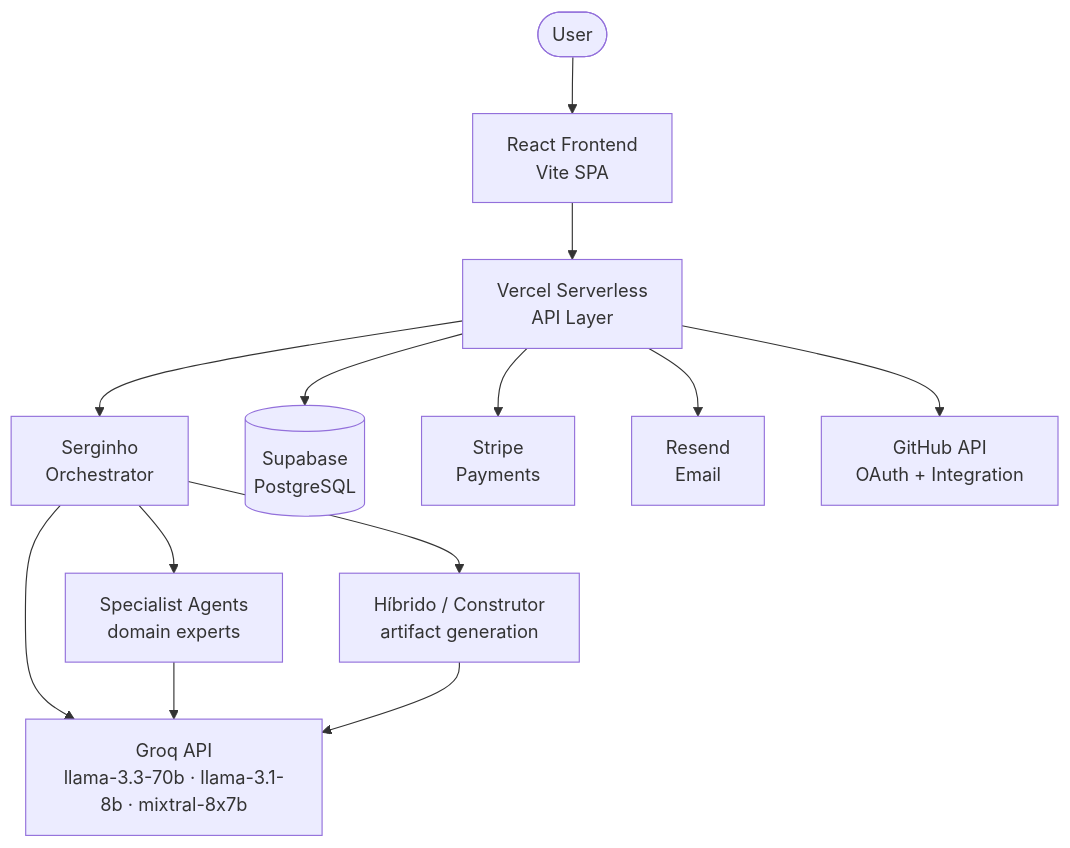
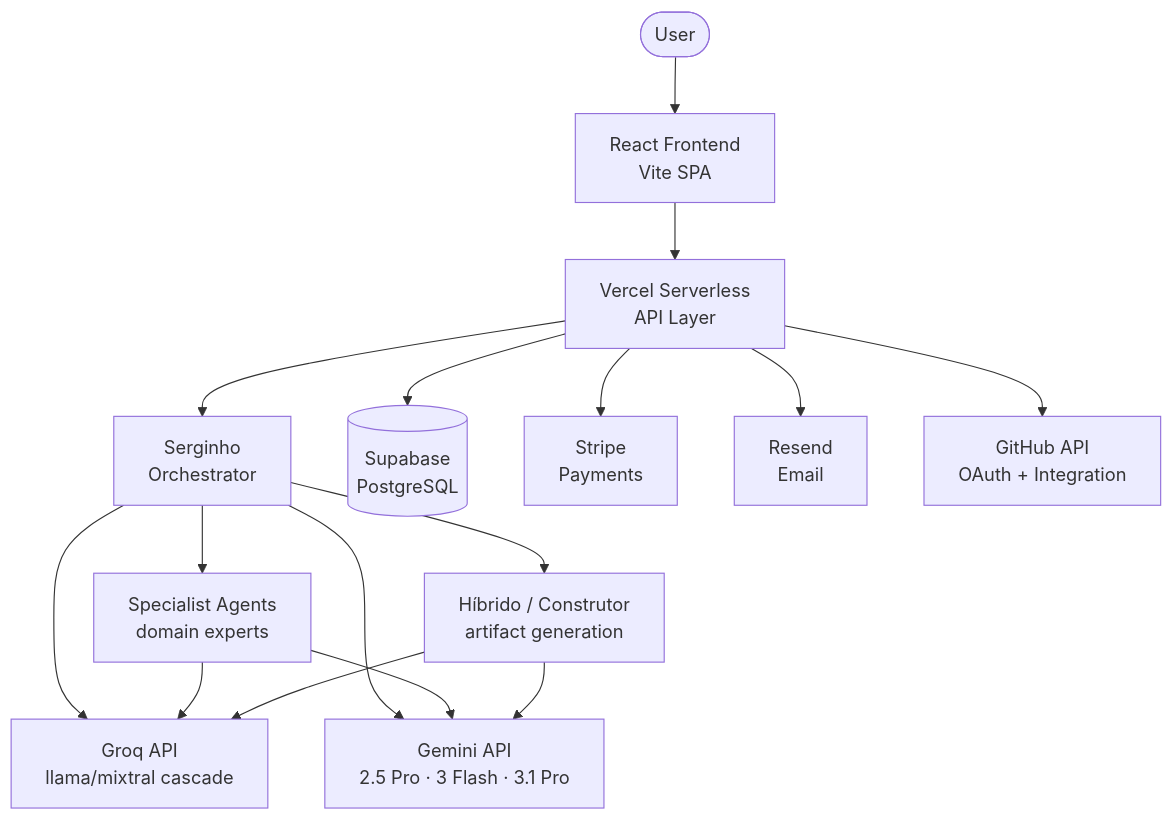
Before and after one commit to kizirianmax/rkmmax-hibrido: the diagram in README.md, drawn with Mermaid. The commit also changed other lines of this file and 1 other file, not shown here.

````diff
--- a/README.md
+++ b/README.md
@@ -27,18 +26,21 @@
 ```mermaid
 graph TD
     User([User]) --> Frontend[React Frontend<br/>Vite SPA]
     Frontend --> API[Vercel Serverless<br/>API Layer]
 
     API --> Serginho[Serginho<br/>Orchestrator]
     Serginho --> Specialists[Specialist Agents<br/>domain experts]
     Serginho --> Hibrido[Híbrido / Construtor<br/>artifact generation]
 
-    Serginho --> Groq[Groq API<br/>llama-3.3-70b · llama-3.1-8b · mixtral-8x7b]
+    Serginho --> Groq[Groq API<br/>llama/mixtral cascade]
+    Serginho --> Gemini[Gemini API<br/>2.5 Pro · 3 Flash · 3.1 Pro]
     Specialists --> Groq
+    Specialists --> Gemini
     Hibrido --> Groq
+    Hibrido --> Gemini
 
     API --> Supabase[(Supabase<br/>PostgreSQL)]
     API --> Stripe[Stripe<br/>Payments]
     API --> Resend[Resend<br/>Email]
     API --> GitHub[GitHub API<br/>OAuth + Integration]
 ```
````
